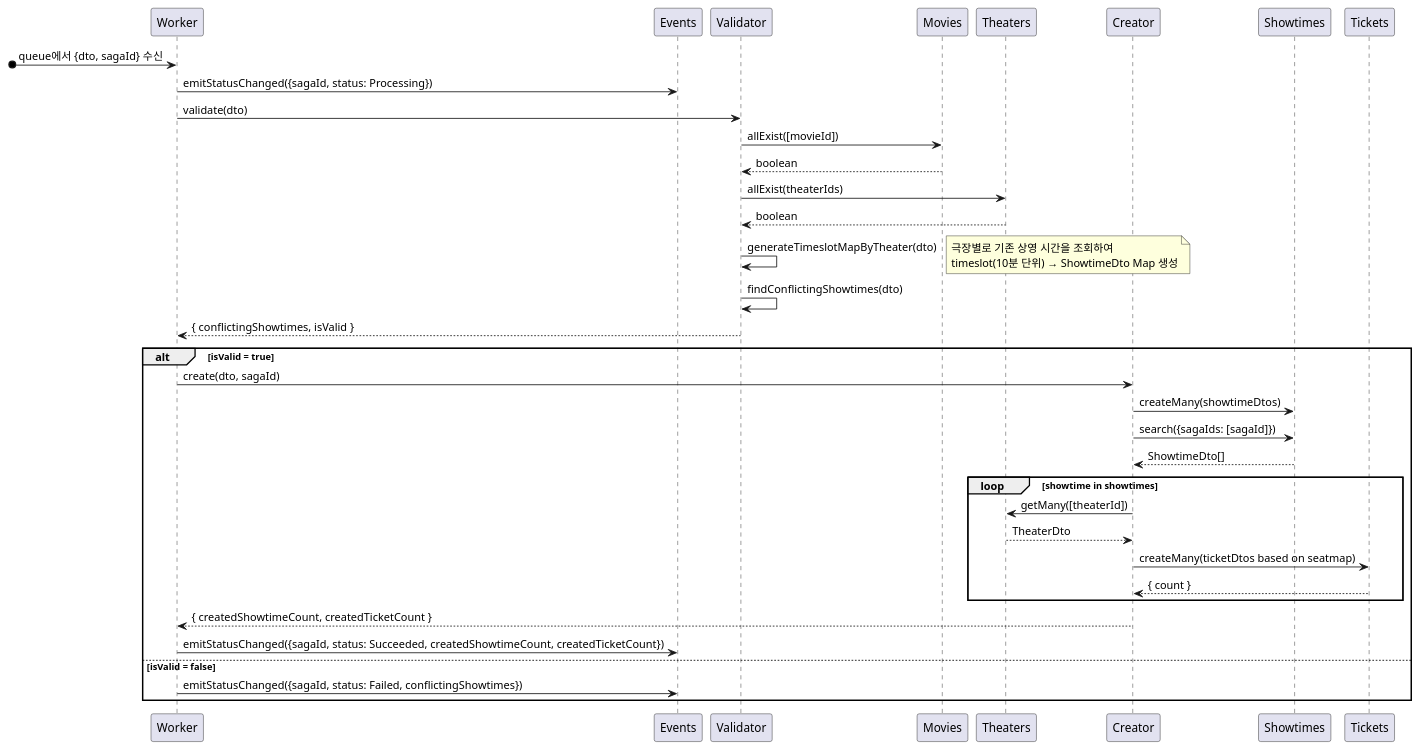
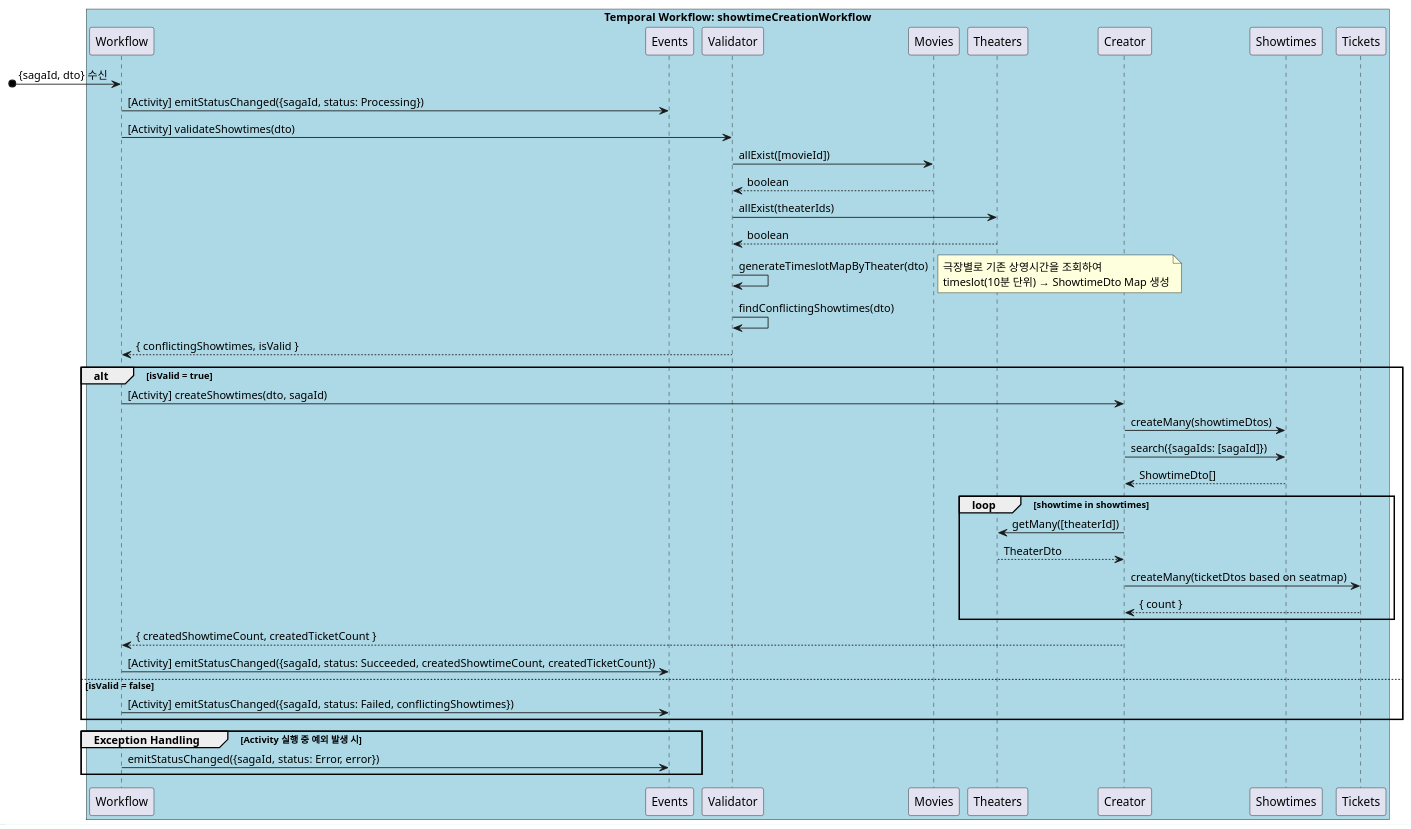
The third of 3 diagrams in docs/designs/showtime-creation.md (mannercode/nest-mono), drawn with PlantUML before and after one commit. The commit also changed other lines of this file and 8 other files, not shown here.

````diff
--- a/docs/designs/showtime-creation.md
+++ b/docs/designs/showtime-creation.md
@@ -106,36 +104,42 @@
 ```plantuml
 @startuml
-[o-> Worker: queue에서 {dto, sagaId} 수신
-    Worker -> Events: emitStatusChanged({sagaId, status: Processing})
+box "Temporal Workflow: showtimeCreationWorkflow" #LightBlue
+    [o-> Workflow: {sagaId, dto} 수신
+        Workflow -> Events: [Activity] emitStatusChanged({sagaId, status: Processing})
 
-    Worker -> Validator: validate(dto)
-        Validator -> Movies: allExist([movieId])
-        Validator <-- Movies: boolean
-        Validator -> Theaters: allExist(theaterIds)
-        Validator <-- Theaters: boolean
-        Validator -> Validator: generateTimeslotMapByTheater(dto)
-            note right
-            극장별로 기존 상영 시간을 조회하여
-            timeslot(10분 단위) → ShowtimeDto Map 생성
-            end note
-        Validator -> Validator: findConflictingShowtimes(dto)
-    Worker <-- Validator: { conflictingShowtimes, isValid }
+        Workflow -> Validator: [Activity] validateShowtimes(dto)
+            Validator -> Movies: allExist([movieId])
+            Validator <-- Movies: boolean
+            Validator -> Theaters: allExist(theaterIds)
+            Validator <-- Theaters: boolean
+            Validator -> Validator: generateTimeslotMapByTheater(dto)
+                note right
+                극장별로 기존 상영시간을 조회하여
+                timeslot(10분 단위) → ShowtimeDto Map 생성
+                end note
+            Validator -> Validator: findConflictingShowtimes(dto)
+        Workflow <-- Validator: { conflictingShowtimes, isValid }
 
-alt isValid = true
-    Worker -> Creator: create(dto, sagaId)
-        Creator -> Showtimes: createMany(showtimeDtos)
-        Creator -> Showtimes: search({sagaIds: [sagaId]})
-        Creator <-- Showtimes: ShowtimeDto[]
-        loop showtime in showtimes
-            Creator -> Theaters: getMany([theaterId])
-            Creator <-- Theaters: TheaterDto
-            Creator -> Tickets: createMany(ticketDtos based on seatmap)
-            Creator <-- Tickets: { count }
-        end
-    Worker <-- Creator: { createdShowtimeCount, createdTicketCount }
-    Worker -> Events: emitStatusChanged({sagaId, status: Succeeded, createdShowtimeCount, createdTicketCount})
-else isValid = false
-    Worker -> Events: emitStatusChanged({sagaId, status: Failed, conflictingShowtimes})
-end
+    alt isValid = true
+        Workflow -> Creator: [Activity] createShowtimes(dto, sagaId)
+            Creator -> Showtimes: createMany(showtimeDtos)
+            Creator -> Showtimes: search({sagaIds: [sagaId]})
+            Creator <-- Showtimes: ShowtimeDto[]
+            loop showtime in showtimes
+                Creator -> Theaters: getMany([theaterId])
+                Creator <-- Theaters: TheaterDto
+                Creator -> Tickets: createMany(ticketDtos based on seatmap)
+                Creator <-- Tickets: { count }
+            end
+        Workflow <-- Creator: { createdShowtimeCount, createdTicketCount }
+        Workflow -> Events: [Activity] emitStatusChanged({sagaId, status: Succeeded, createdShowtimeCount, createdTicketCount})
+    else isValid = false
+        Workflow -> Events: [Activity] emitStatusChanged({sagaId, status: Failed, conflictingShowtimes})
+    end
+
+    group Exception Handling [Activity 실행 중 예외 발생 시]
+        Workflow -> Events: emitStatusChanged({sagaId, status: Error, error})
+    end
+end box
 @enduml
 ```
````
